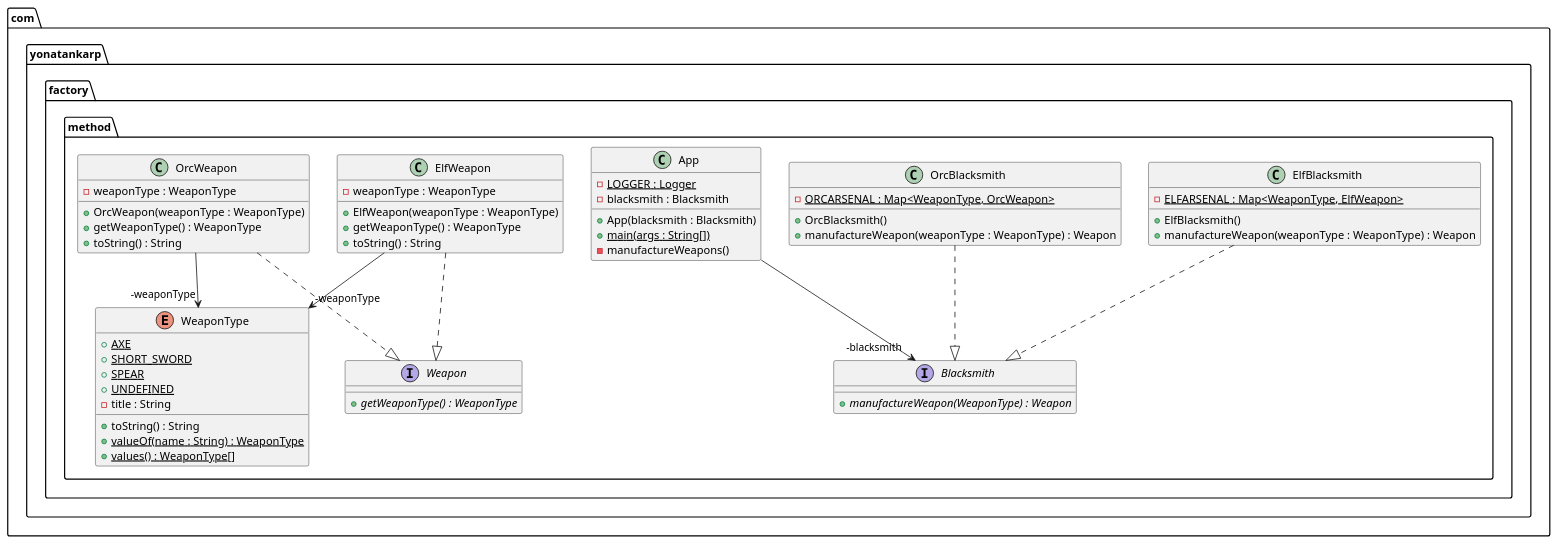
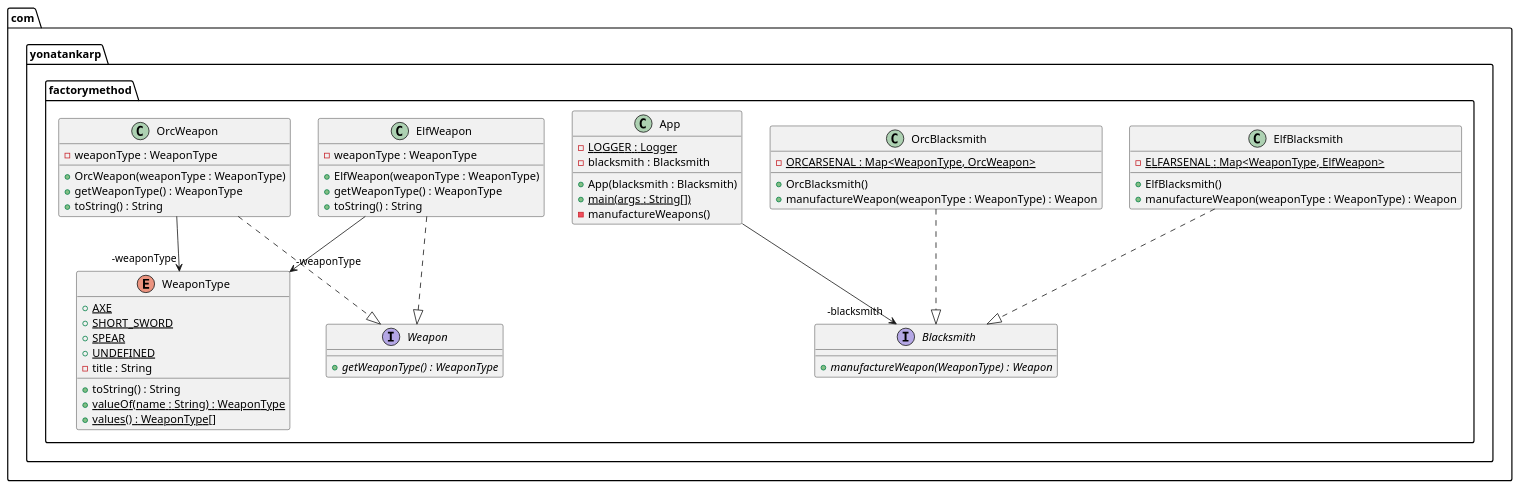
The diagram in factory-method/etc/factory-method.puml (yonatankarp/kotlin-design-patterns), drawn with PlantUML before and after one commit. The commit also changed 19 other files, not shown here.

```diff
--- a/factory-method/etc/factory-method.puml
+++ b/factory-method/etc/factory-method.puml
@@ -1,56 +1,56 @@
 @startuml
-package com.yonatankarp.factory.method {
+package com.yonatankarp.factorymethod {
   class App {
     - LOGGER : Logger {static}
     - blacksmith : Blacksmith
     + App(blacksmith : Blacksmith)
     + main(args : String[]) {static}
     - manufactureWeapons()
   }
   interface Blacksmith {
     + manufactureWeapon(WeaponType) : Weapon {abstract}
   }
   class ElfBlacksmith {
     - ELFARSENAL : Map<WeaponType, ElfWeapon> {static}
     + ElfBlacksmith()
     + manufactureWeapon(weaponType : WeaponType) : Weapon
   }
   class ElfWeapon {
     - weaponType : WeaponType
     + ElfWeapon(weaponType : WeaponType)
     + getWeaponType() : WeaponType
     + toString() : String
   }
   class OrcBlacksmith {
     - ORCARSENAL : Map<WeaponType, OrcWeapon> {static}
     + OrcBlacksmith()
     + manufactureWeapon(weaponType : WeaponType) : Weapon
   }
   class OrcWeapon {
     - weaponType : WeaponType
     + OrcWeapon(weaponType : WeaponType)
     + getWeaponType() : WeaponType
     + toString() : String
   }
   interface Weapon {
     + getWeaponType() : WeaponType {abstract}
   }
   enum WeaponType {
     + AXE {static}
     + SHORT_SWORD {static}
     + SPEAR {static}
     + UNDEFINED {static}
     - title : String
     + toString() : String
     + valueOf(name : String) : WeaponType {static}
     + values() : WeaponType[] {static}
   }
 }
 ElfWeapon -->  "-weaponType" WeaponType
 OrcWeapon -->  "-weaponType" WeaponType
 App -->  "-blacksmith" Blacksmith
 ElfBlacksmith ..|> Blacksmith
 ElfWeapon ..|> Weapon
 OrcBlacksmith ..|> Blacksmith
 OrcWeapon ..|> Weapon
 @enduml
```
